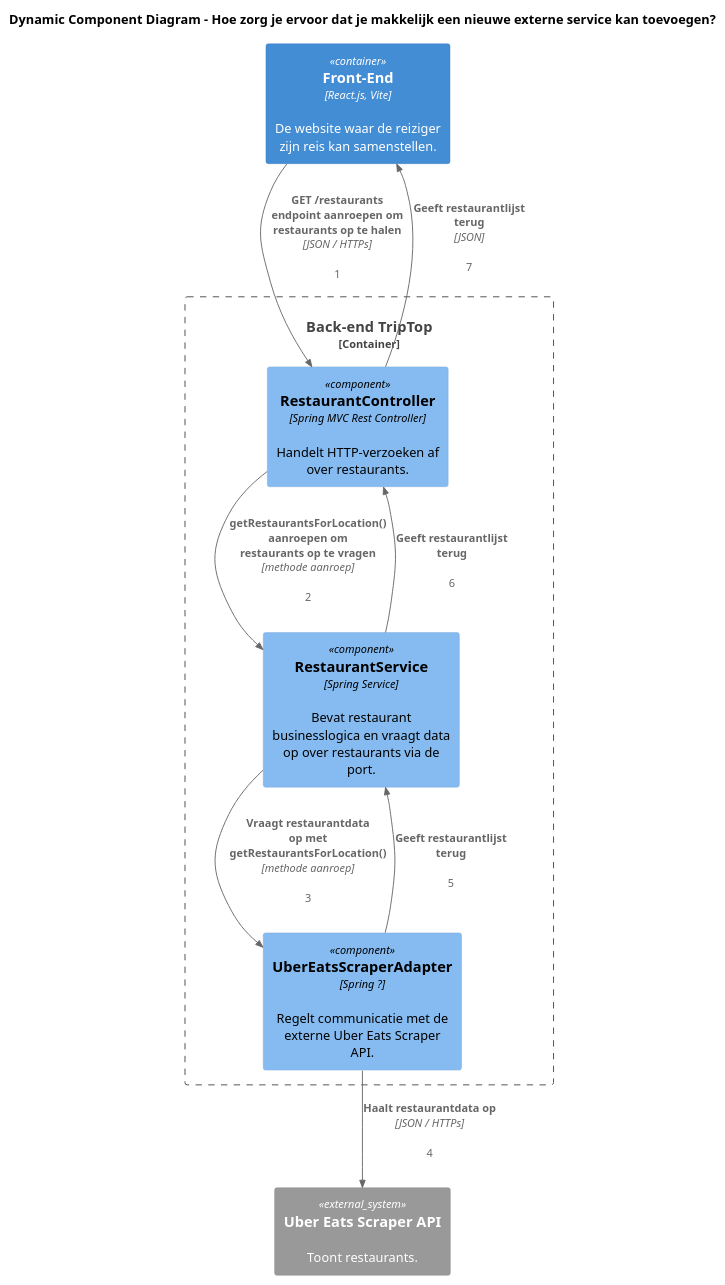
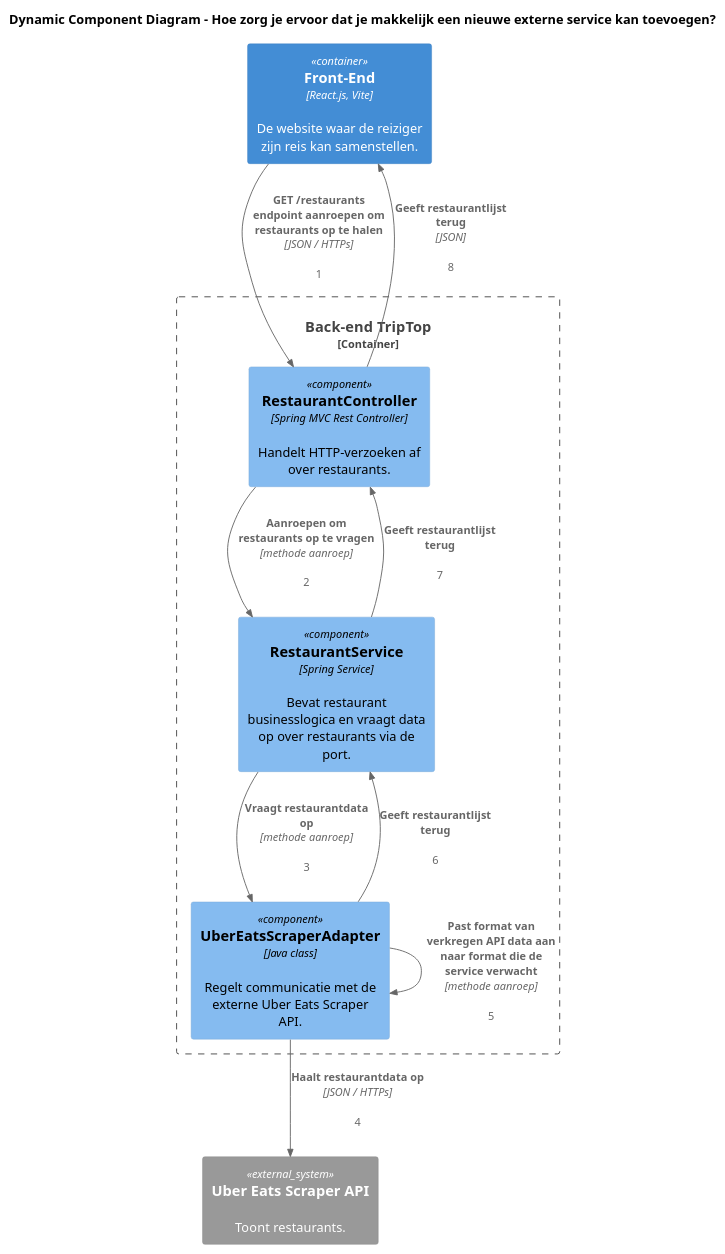
One commit to AIM-ENE-feb25/triptop-beca changed the diagram in voorbereiding-les3-week2/dynamicDiagramComponents.puml. Above: the diagram before and after it, drawn with PlantUML.

Commit message:
update dynamic diagram

```diff
--- a/voorbereiding-les3-week2/dynamicDiagramComponents.puml
+++ b/voorbereiding-les3-week2/dynamicDiagramComponents.puml
@@ -1,27 +1,28 @@
 @startuml
 
 !include https://raw.githubusercontent.com/plantuml-stdlib/C4-PlantUML/master/C4_Component.puml
 
 
 title Dynamic Component Diagram - Hoe zorg je ervoor dat je makkelijk een nieuwe externe service kan toevoegen?
 
 
 Container(frontend, "Front-End", "React.js, Vite", "De website waar de reiziger zijn reis kan samenstellen.")
 System_Ext(uberEatsAPI, "Uber Eats Scraper API", "Toont restaurants.")
 
 
 Container_Boundary(ttBackend, "Back-end TripTop") {
     Component(restaurantController, "RestaurantController", "Spring MVC Rest Controller", "Handelt HTTP-verzoeken af over restaurants.")
     Component(restaurantService, "RestaurantService", "Spring Service", "Bevat restaurant businesslogica en vraagt data op over restaurants via de port.")
-    Component(uberEatsAdapter, "UberEatsScraperAdapter", "Spring ?", "Regelt communicatie met de externe Uber Eats Scraper API.")
+    Component(uberEatsAdapter, "UberEatsScraperAdapter", "Java class", "Regelt communicatie met de externe Uber Eats Scraper API.")
 }
 
 Rel(frontend, restaurantController, "GET /restaurants endpoint aanroepen om restaurants op te halen", "JSON / HTTPs", 1)
-Rel(restaurantController, restaurantService, "getRestaurantsForLocation() aanroepen om restaurants op te vragen", "methode aanroep", 2)
-Rel(restaurantService, uberEatsAdapter, "Vraagt restaurantdata op met getRestaurantsForLocation()", "methode aanroep", 3)
+Rel(restaurantController, restaurantService, "Aanroepen om restaurants op te vragen", "methode aanroep", 2)
+Rel(restaurantService, uberEatsAdapter, "Vraagt restaurantdata op", "methode aanroep", 3)
 Rel(uberEatsAdapter, uberEatsAPI, "Haalt restaurantdata op", "JSON / HTTPs", 4)
-Rel(uberEatsAdapter, restaurantService, "Geeft restaurantlijst terug", "", 5)
-Rel(restaurantService, restaurantController, "Geeft restaurantlijst terug", "", 6)
-Rel(restaurantController, frontend, "Geeft restaurantlijst terug", "JSON", 7)
+Rel(uberEatsAdapter, uberEatsAdapter, "Past format van verkregen API data aan naar format die de service verwacht", "methode aanroep", 5)
+Rel(uberEatsAdapter, restaurantService, "Geeft restaurantlijst terug", "", 6)
+Rel(restaurantService, restaurantController, "Geeft restaurantlijst terug", "", 7)
+Rel(restaurantController, frontend, "Geeft restaurantlijst terug", "JSON", 8)
 
 @enduml
```
